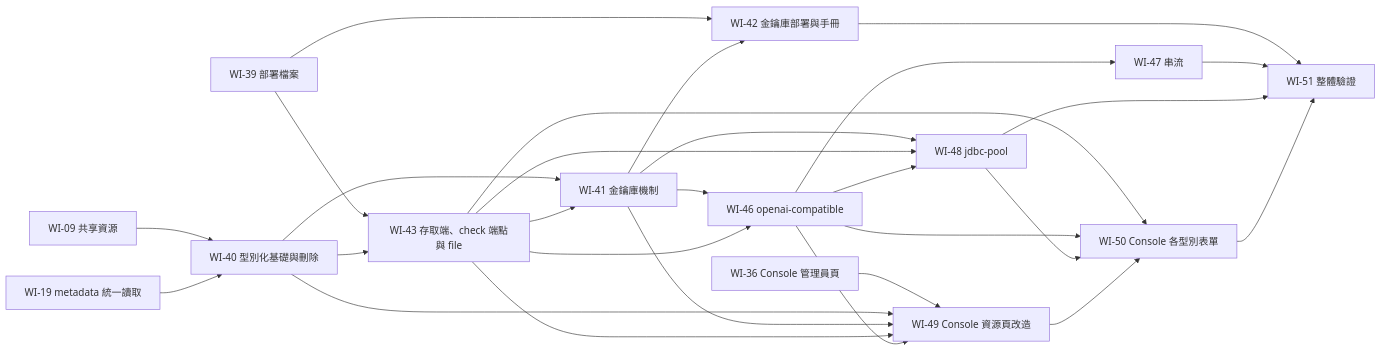
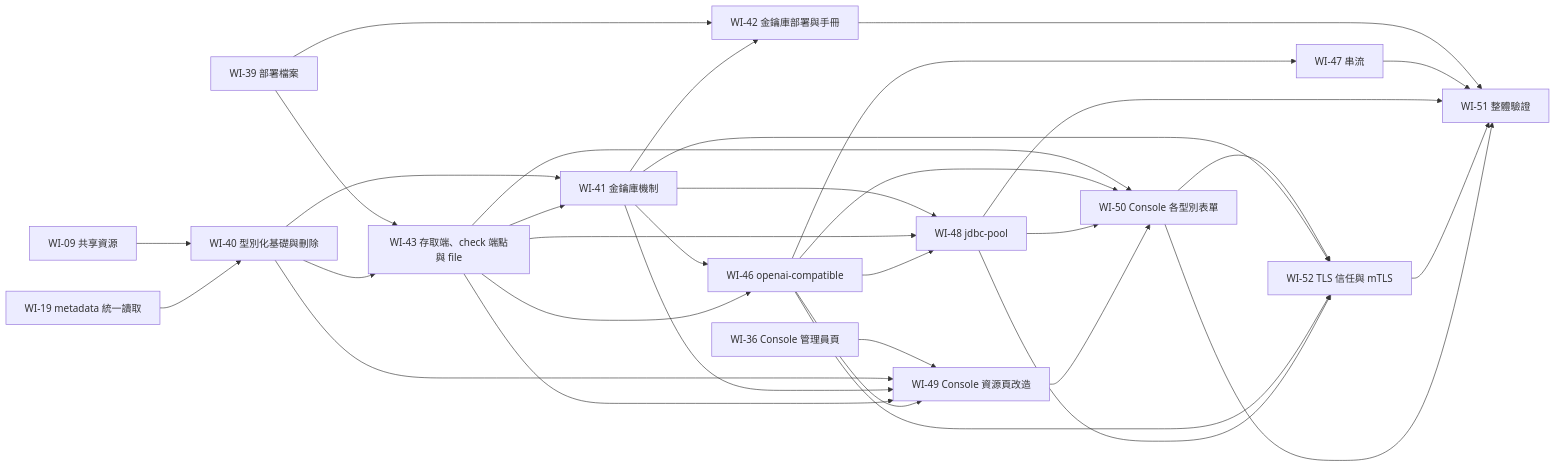
One commit to lanyitin/runline changed the diagram in docs/stable/pipeline-engine/work-items/README.md. Above: the diagram before and after it, drawn with Mermaid. The commit also changed other lines of this file and 13 other files, not shown here.

````diff
--- a/docs/stable/pipeline-engine/work-items/README.md
+++ b/docs/stable/pipeline-engine/work-items/README.md
@@ -70,30 +71,35 @@
 ```mermaid
 flowchart LR
   WI09[WI-09 共享資源] --> WI40[WI-40 型別化基礎與刪除]
   WI19[WI-19 metadata 統一讀取] --> WI40
   WI39[WI-39 部署檔案] --> WI43[WI-43 存取端、check 端點與 file]
   WI40 --> WI43
   WI40 --> WI41
   WI43 --> WI41[WI-41 金鑰庫機制]
   WI39 --> WI42[WI-42 金鑰庫部署與手冊]
   WI41 --> WI42
   WI41 --> WI46[WI-46 openai-compatible]
   WI43 --> WI46
   WI46 --> WI47[WI-47 串流]
   WI41 --> WI48[WI-48 jdbc-pool]
   WI43 --> WI48
   WI46 --> WI48
   WI36[WI-36 Console 管理員頁] --> WI49[WI-49 Console 資源頁改造]
   WI40 --> WI49
   WI41 --> WI49
   WI43 --> WI49
   WI46 --> WI49
   WI43 --> WI50[WI-50 Console 各型別表單]
   WI46 --> WI50
   WI48 --> WI50
   WI49 --> WI50
   WI42 --> WI51[WI-51 整體驗證]
   WI47 --> WI51
   WI48 --> WI51
+  WI50 --> WI52[WI-52 TLS 信任與 mTLS]
+  WI41 --> WI52
+  WI46 --> WI52
+  WI48 --> WI52
+  WI52 --> WI51
   WI50 --> WI51
 ```
````
